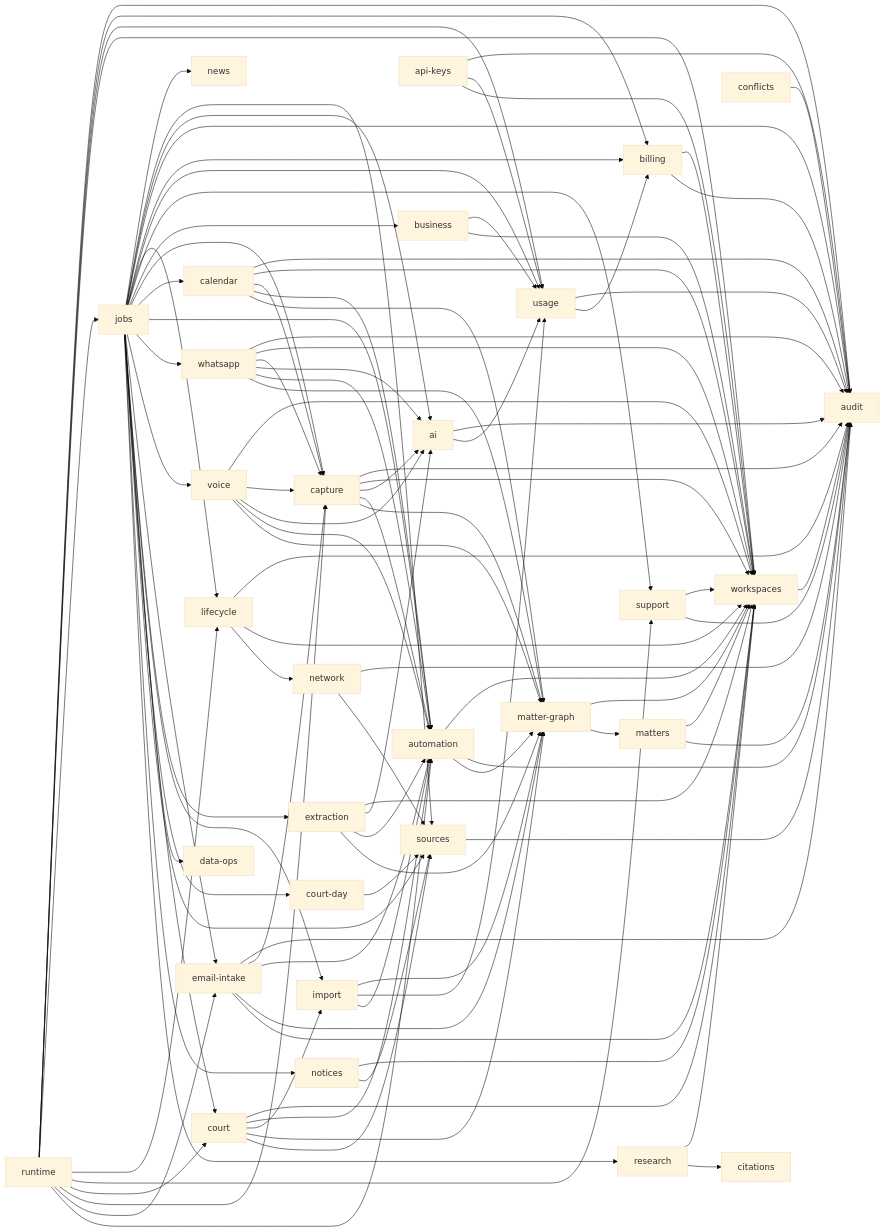
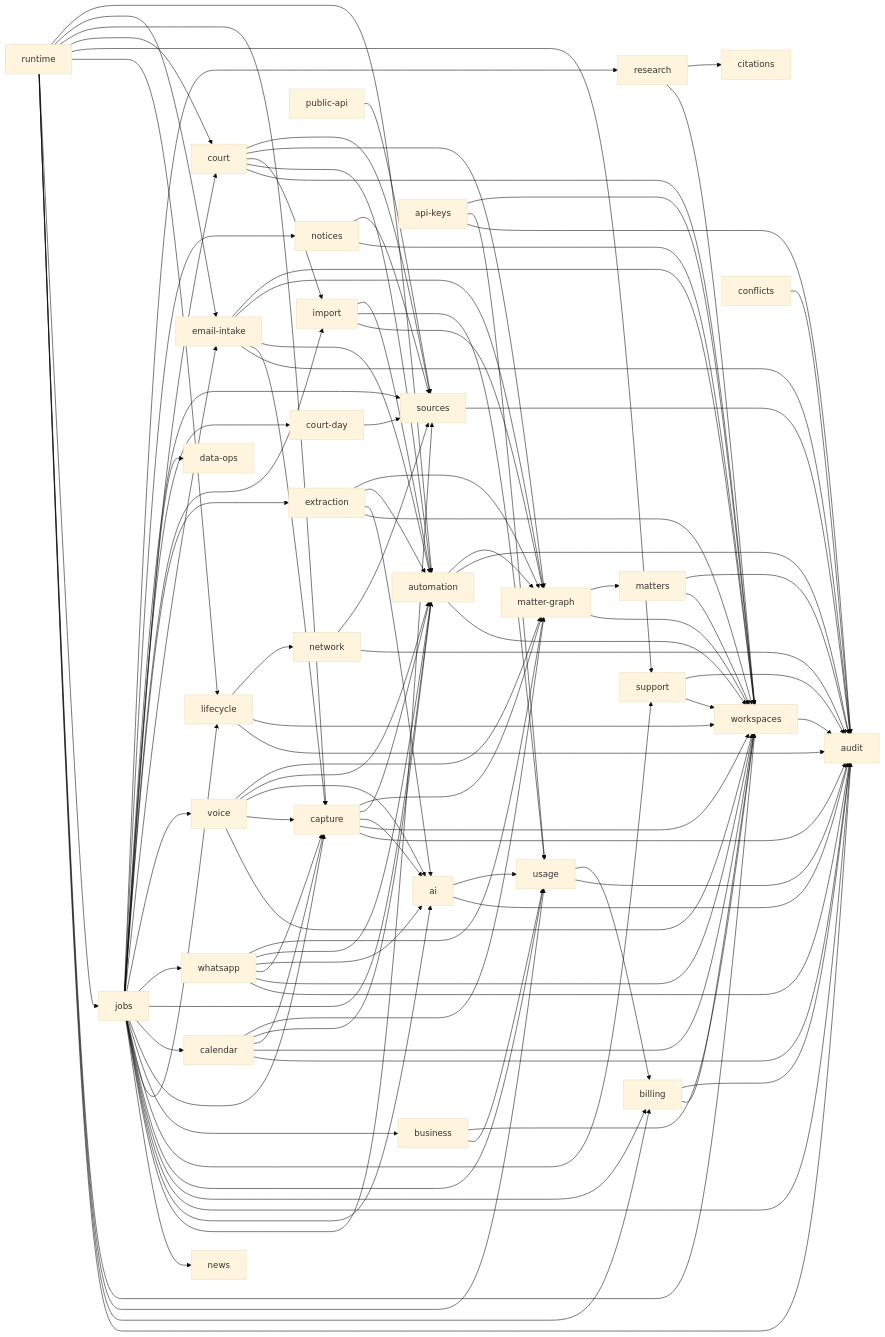
Before and after one commit to RapierCraftStudios/causedeck: the diagram in docs/engineering/core-domains.md, drawn with Mermaid (base theme). The commit also changed other lines of this file and 21 other files, not shown here.

```diff
--- a/docs/engineering/core-domains.md
+++ b/docs/engineering/core-domains.md
@@ -112,6 +113,7 @@
   research --> citations
   network --> audit
   network --> sources
+  public-api --> sources
   support --> workspaces
   support --> audit
   business --> usage
```
